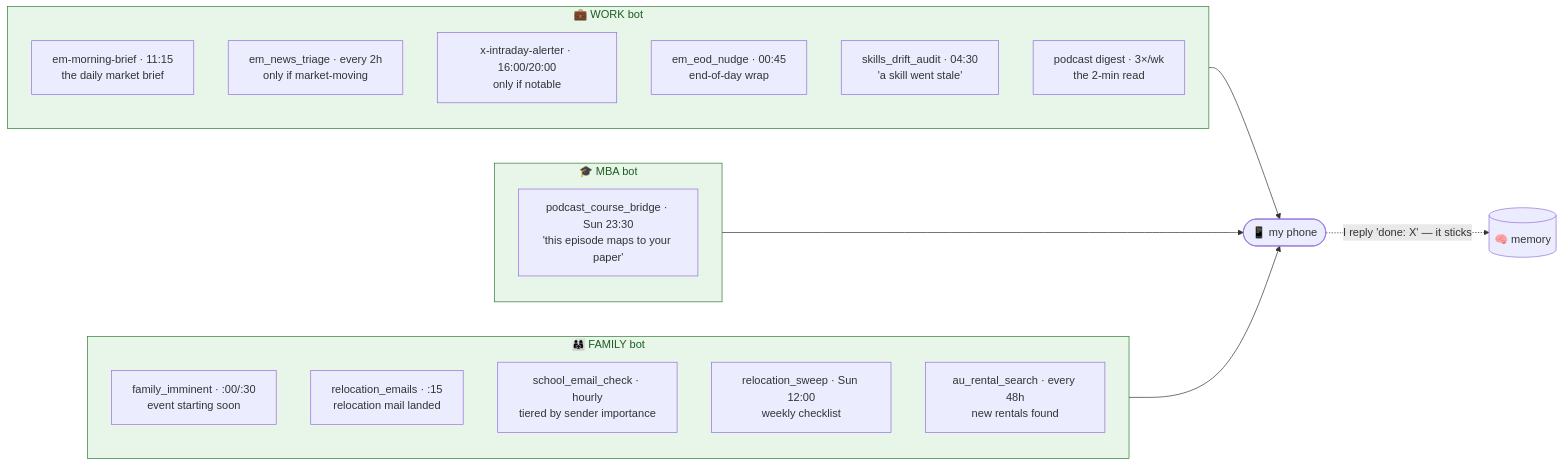
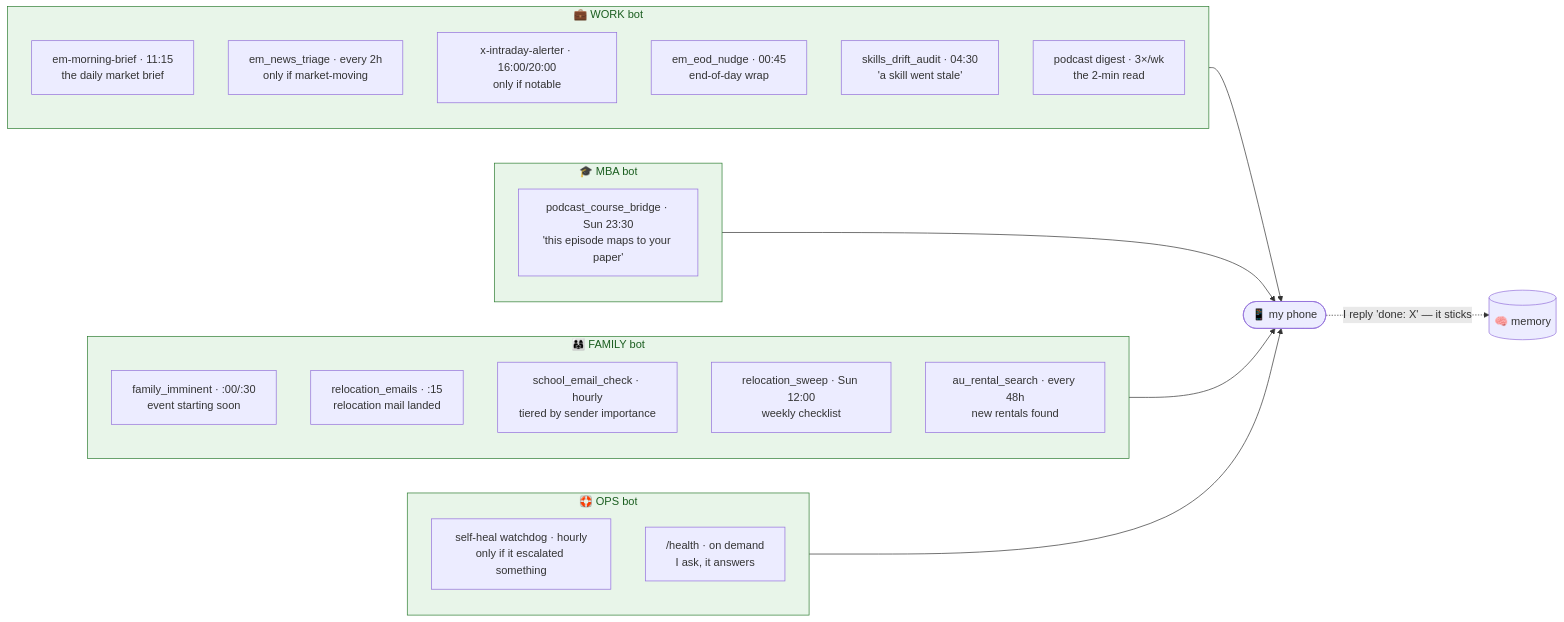
The second of 3 diagrams in docs/08-the-fleet-map.md (nickmuchi87/hermes-agents-showcase), drawn with Mermaid before and after one commit. The commit also changed other lines of this file and 3 other files, not shown here.

First line of the commit message:
Add ops lane: command-centre SITREP, self-heal watchdog + ops bot

````diff
--- a/docs/08-the-fleet-map.md
+++ b/docs/08-the-fleet-map.md
@@ -150,30 +157,35 @@
 ```mermaid
 flowchart LR
     subgraph work["💼 WORK bot"]
         direction TB
         a1["em-morning-brief · 11:15<br/>the daily market brief"]
         a2["em_news_triage · every 2h<br/>only if market-moving"]
         a3["x-intraday-alerter · 16:00/20:00<br/>only if notable"]
         a4["em_eod_nudge · 00:45<br/>end-of-day wrap"]
         a5["skills_drift_audit · 04:30<br/>'a skill went stale'"]
         a6["podcast digest · 3×/wk<br/>the 2-min read"]
     end
     subgraph mba["🎓 MBA bot"]
         b1["podcast_course_bridge · Sun 23:30<br/>'this episode maps to your paper'"]
     end
     subgraph fam["👨‍👩‍👧 FAMILY bot"]
         c1["family_imminent · :00/:30<br/>event starting soon"]
         c2["relocation_emails · :15<br/>relocation mail landed"]
         c3["school_email_check · hourly<br/>tiered by sender importance"]
         c4["relocation_sweep · Sun 12:00<br/>weekly checklist"]
         c5["au_rental_search · every 48h<br/>new rentals found"]
     end
+    subgraph ops["🛟 OPS bot"]
+        d1["self-heal watchdog · hourly<br/>only if it escalated something"]
+        d2["/health · on demand<br/>I ask, it answers"]
+    end
 
     work --> phone(["📱 my phone"])
     mba --> phone
     fam --> phone
+    ops --> phone
     phone -. "I reply 'done: X' — it sticks" .-> brain[("🧠 memory")]
 
     classDef g fill:#e8f5e9,stroke:#2e7d32,color:#1b5e20;
-    class work,mba,fam g;
+    class work,mba,fam,ops g;
 ```
````
